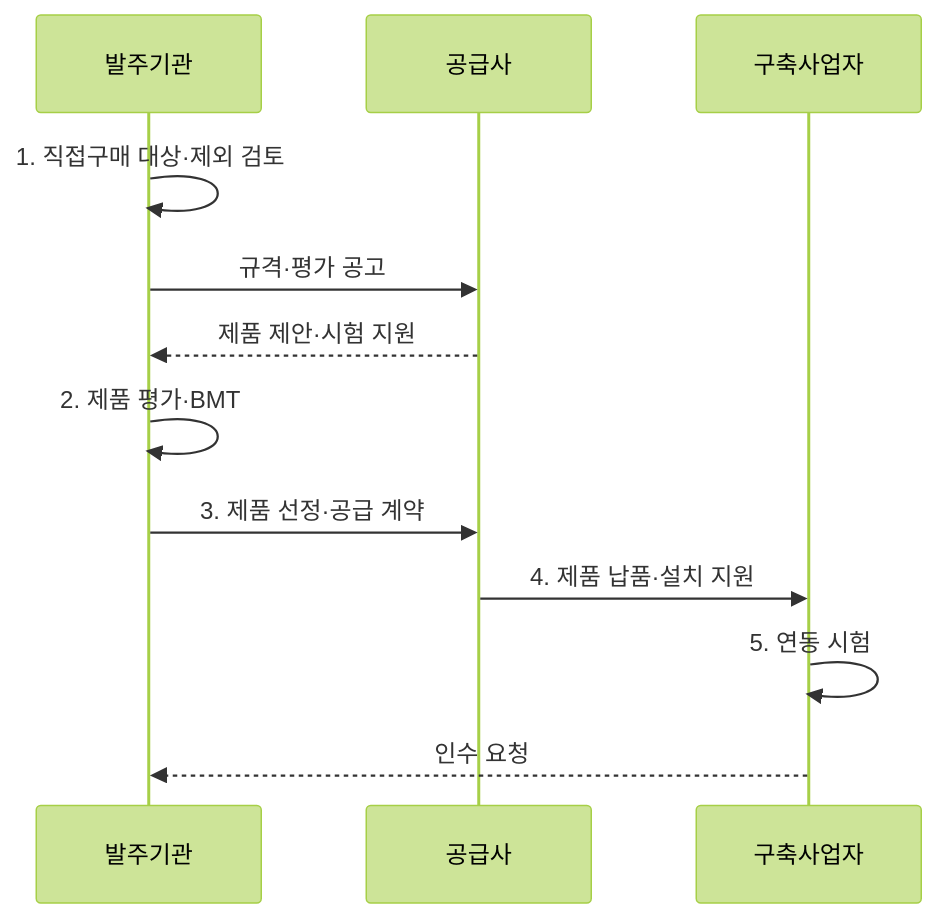
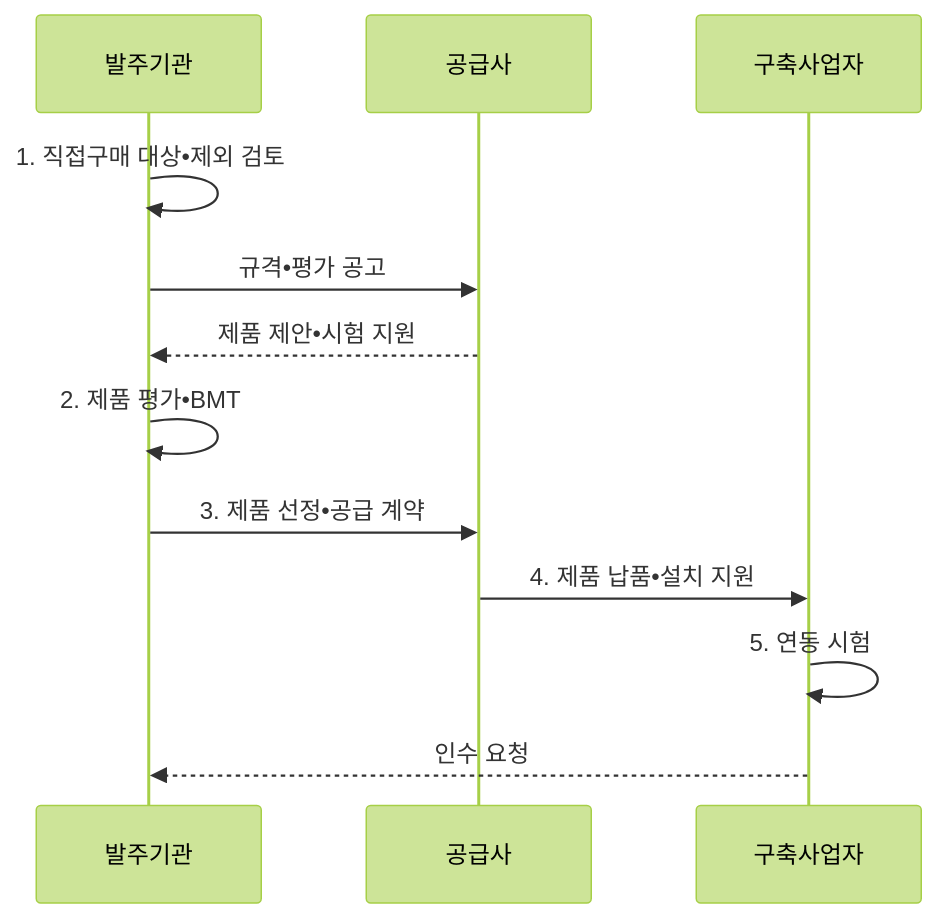
One commit to agnusdei1207/knowledge-base changed the second of 2 diagrams in src/content/docs/notes/07-law-policy/016_commercial_sw_direct_purchase.md. Above: the diagram before and after it, drawn with Mermaid (forest theme). The commit also changed other lines of this file and 953 other files, not shown here.

````diff
--- a/src/content/docs/notes/07-law-policy/016_commercial_sw_direct_purchase.md
+++ b/src/content/docs/notes/07-law-policy/016_commercial_sw_direct_purchase.md
@@ -109,14 +109,14 @@
 ```mermaid
 sequenceDiagram
     participant 발주기관
     participant 공급사
     participant 구축사업자
-    발주기관->>발주기관: 1. 직접구매 대상·제외 검토
-    발주기관->>공급사: 규격·평가 공고
-    공급사-->>발주기관: 제품 제안·시험 지원
-    발주기관->>발주기관: 2. 제품 평가·BMT
-    발주기관->>공급사: 3. 제품 선정·공급 계약
-    공급사->>구축사업자: 4. 제품 납품·설치 지원
+    발주기관->>발주기관: 1. 직접구매 대상•제외 검토
+    발주기관->>공급사: 규격•평가 공고
+    공급사-->>발주기관: 제품 제안•시험 지원
+    발주기관->>발주기관: 2. 제품 평가•BMT
+    발주기관->>공급사: 3. 제품 선정•공급 계약
+    공급사->>구축사업자: 4. 제품 납품•설치 지원
     구축사업자->>구축사업자: 5. 연동 시험
     구축사업자-->>발주기관: 인수 요청
 ```
````
